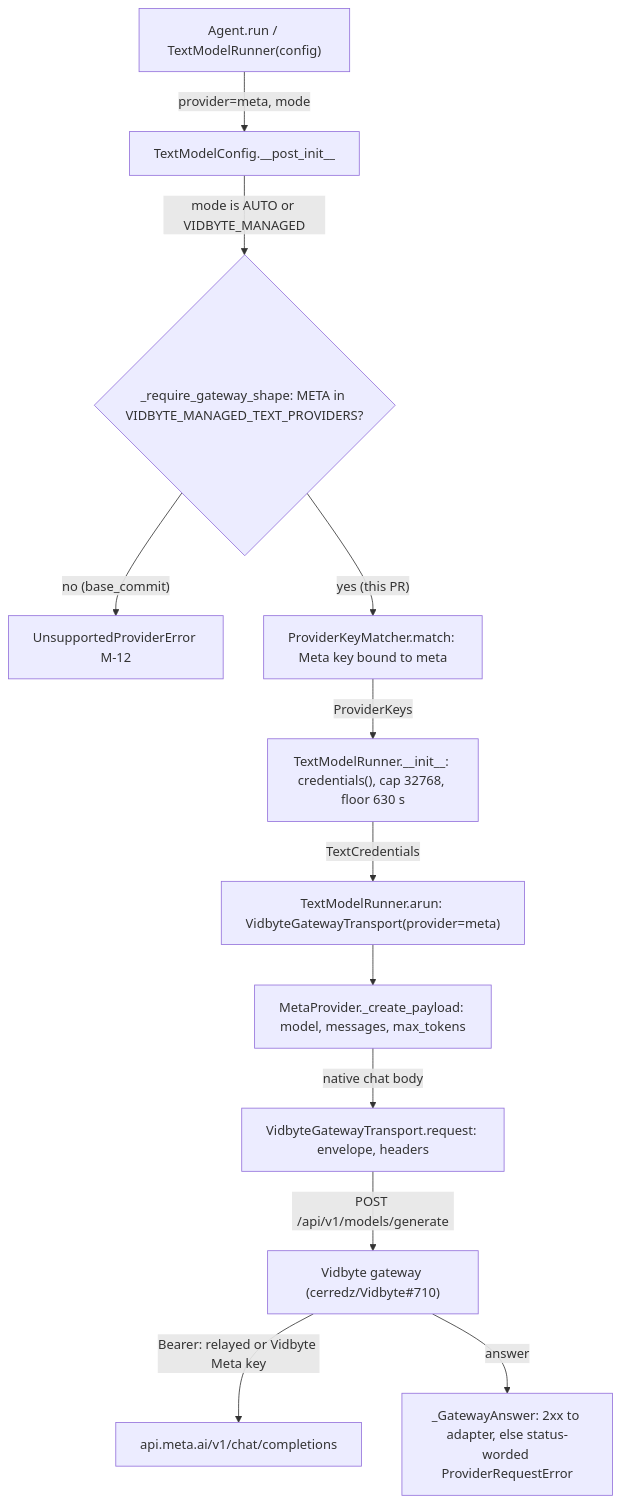
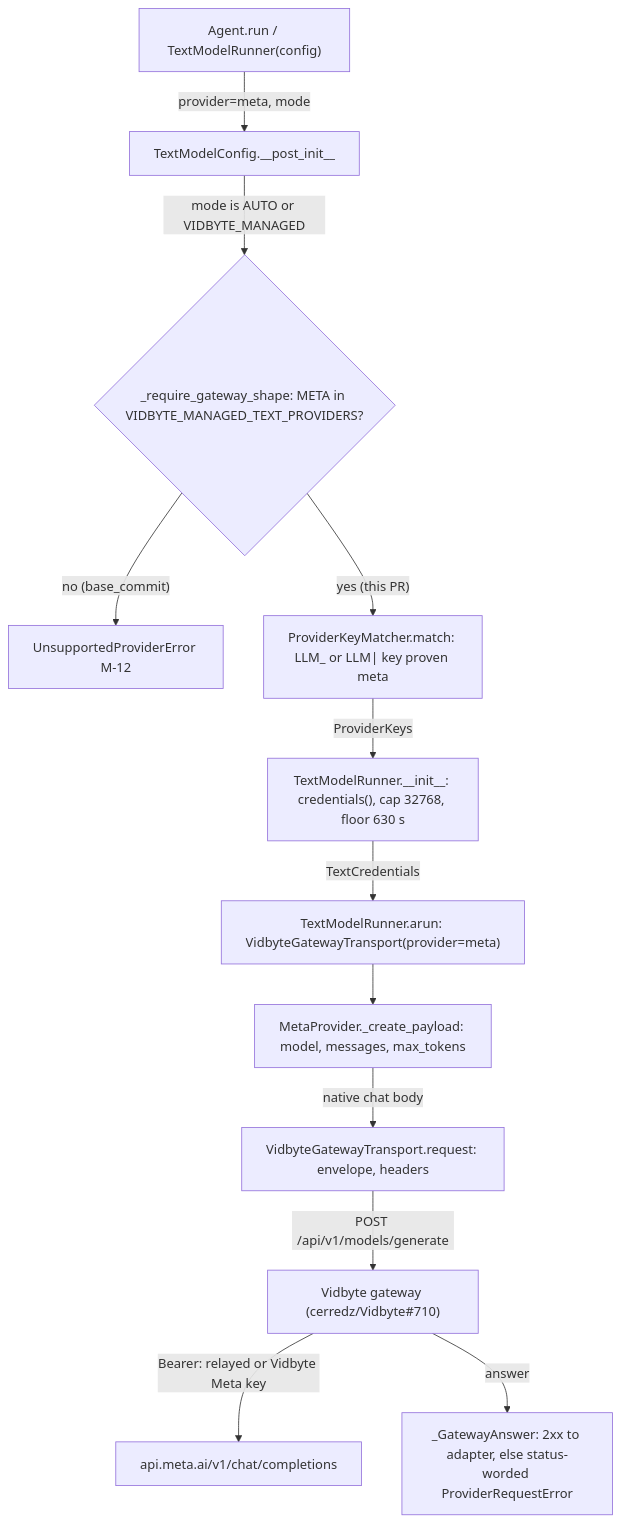
The first of 2 diagrams in docs/spec/meta-muse-managed-text/spec.md (cerredz/Vidbyte-SDK), drawn with Mermaid before and after one commit. The commit also changed other lines of this file and 1 other file, not shown here.

First line of the commit message:
docs(spec): revise meta-muse-managed-text spec r4 (Meta documented key shape LLM_ and S4 minors)

````diff
--- a/docs/spec/meta-muse-managed-text/spec.md
+++ b/docs/spec/meta-muse-managed-text/spec.md
@@ -109,14 +115,14 @@
 ```mermaid
 flowchart TD
   A["Agent.run / TextModelRunner(config)"] -->|"provider=meta, mode"| B["TextModelConfig.__post_init__"]
   B -->|"mode is AUTO or VIDBYTE_MANAGED"| C{"_require_gateway_shape: META in VIDBYTE_MANAGED_TEXT_PROVIDERS?"}
   C -->|"no (base_commit)"| X["UnsupportedProviderError M-12"]
-  C -->|"yes (this PR)"| D["ProviderKeyMatcher.match: Meta key bound to meta"]
+  C -->|"yes (this PR)"| D["ProviderKeyMatcher.match: LLM_ or LLM| key proven meta"]
   D -->|"ProviderKeys"| E["TextModelRunner.__init__: credentials(), cap 32768, floor 630 s"]
   E -->|"TextCredentials"| F["TextModelRunner.arun: VidbyteGatewayTransport(provider=meta)"]
   F --> G["MetaProvider._create_payload: model, messages, max_tokens"]
   G -->|"native chat body"| H["VidbyteGatewayTransport.request: envelope, headers"]
   H -->|"POST /api/v1/models/generate"| I["Vidbyte gateway (cerredz/Vidbyte#710)"]
   I -->|"Bearer: relayed or Vidbyte Meta key"| J["api.meta.ai/v1/chat/completions"]
   I -->|"answer"| K["_GatewayAnswer: 2xx to adapter, else status-worded ProviderRequestError"]
 ```
````
